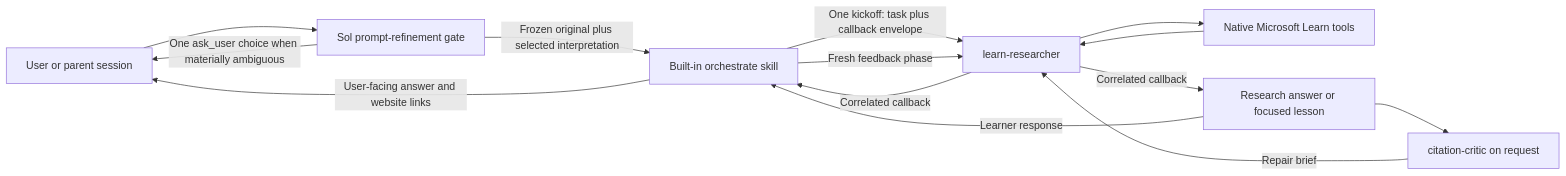
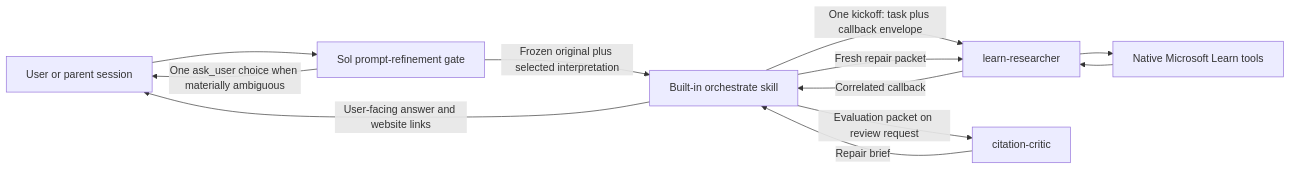
The diagram in docs/architecture.md (msucharda/azure-learn-copilot-app), drawn with Mermaid before and after one commit. The commit also changed other lines of this file and 5 other files, not shown here.

````diff
--- a/docs/architecture.md
+++ b/docs/architecture.md
@@ -7,16 +7,14 @@
 ```mermaid
 flowchart LR
     U[User or parent session] --> P[Sol prompt-refinement gate]
     P -->|One ask_user choice when materially ambiguous| U
     P -->|Frozen original plus selected interpretation| O[Built-in orchestrate skill]
     O -->|One kickoff: task plus callback envelope| R[learn-researcher]
     R --> L[Native Microsoft Learn tools]
     L --> R
-    R -->|Correlated callback| A[Research answer or focused lesson]
-    A --> C[citation-critic on request]
-    C -->|Repair brief| R
-    A -->|Learner response| O
-    O -->|Fresh feedback phase| R
     R -->|Correlated callback| O
+    O -->|Evaluation packet on review request| C[citation-critic]
+    C -->|Repair brief| O
+    O -->|Fresh repair packet| R
     O -->|User-facing answer and website links| U
 ```
````
